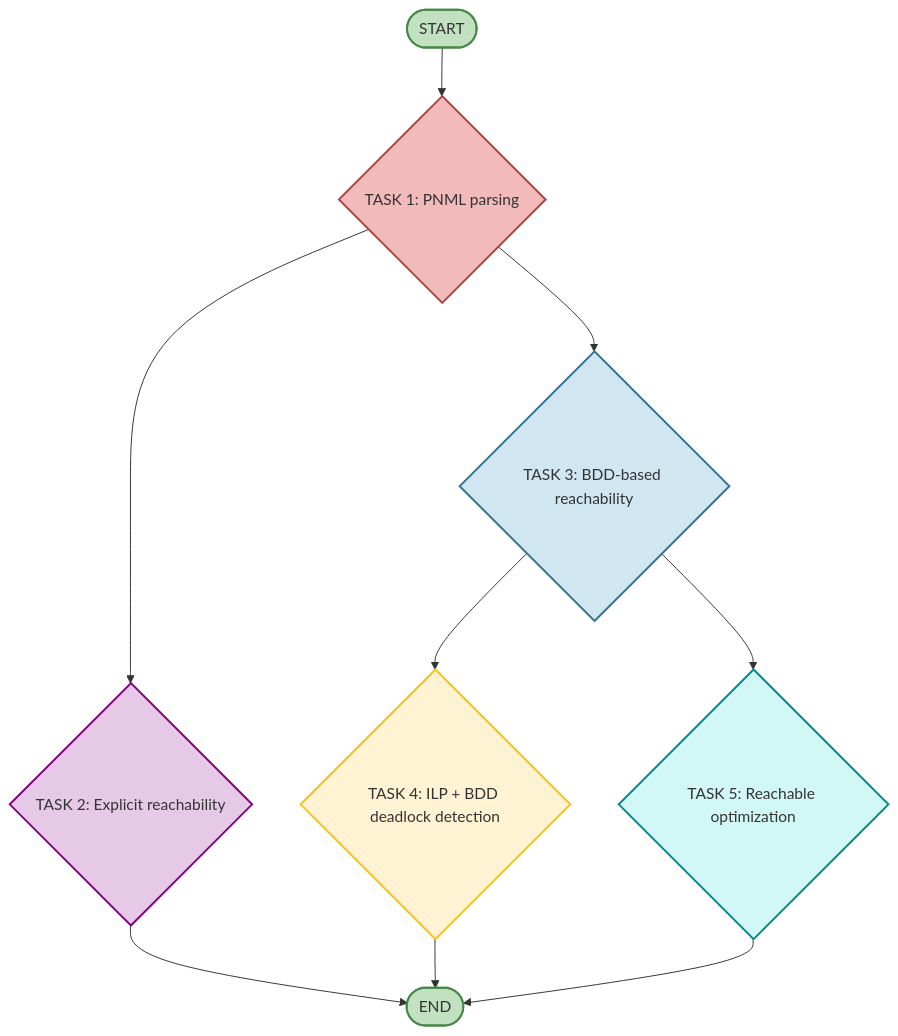
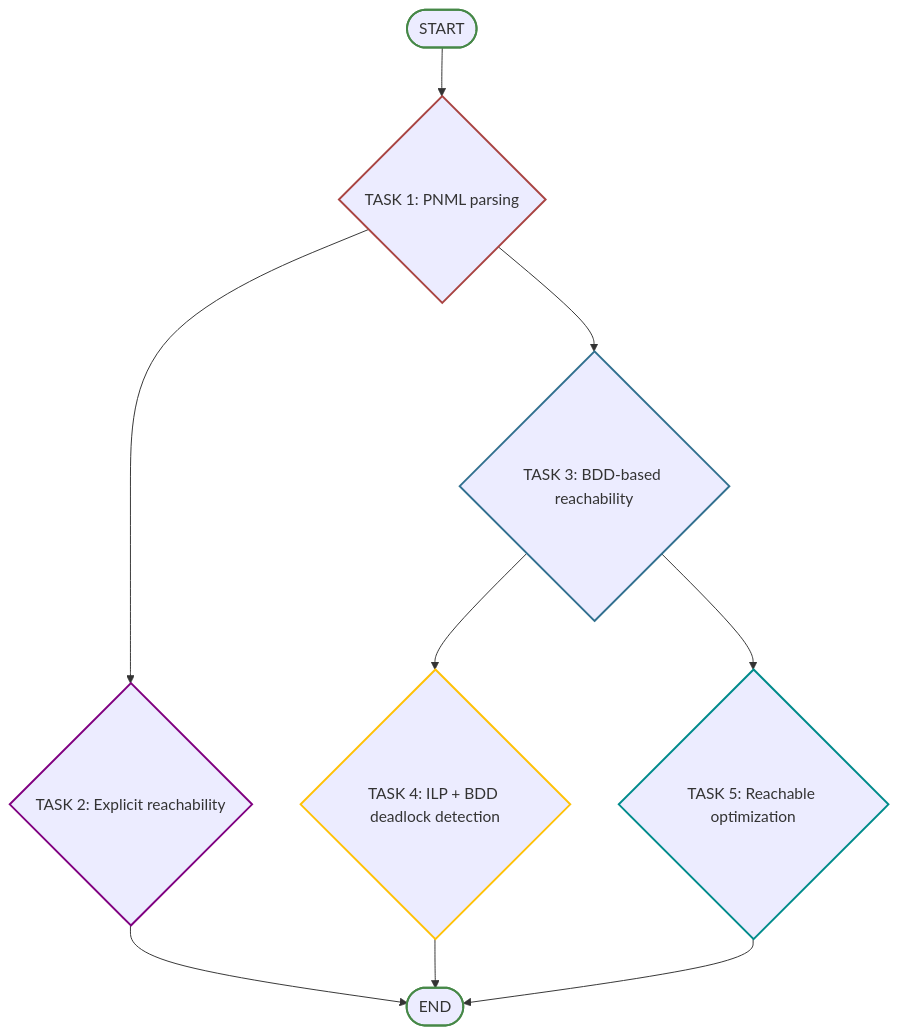
One commit to truonghienminh-HCMUT/BTL-MHH changed the diagram in TASK6_BTL_HK251-main/TASK6_BTL_HK251-main/README.md. Above: the diagram before and after it, drawn with Mermaid.

````diff
--- a/TASK6_BTL_HK251-main/TASK6_BTL_HK251-main/README.md
+++ b/TASK6_BTL_HK251-main/TASK6_BTL_HK251-main/README.md
@@ -3,40 +3,40 @@
 ```mermaid
 flowchart TD
     %% Nút Bắt đầu và Kết thúc (Hình elip, màu xanh lá cây)
     START([START])
     END([END])
 
     %% Các Task (Hình chữ nhật)
     TASK1{TASK 1: PNML parsing}
     TASK2{TASK 2: Explicit reachability}
     TASK3{TASK 3: BDD-based reachability}
     TASK4{TASK 4: ILP + BDD deadlock detection}
     TASK5{TASK 5: Reachable optimization}
 
     %% Định nghĩa luồng công việc
     START --> TASK1
 
     %% Từ TASK 1 chia thành 2 nhánh chính
     TASK1 --> TASK2
     TASK1 --> TASK3
 
     %% TASK 2 kết thúc
     TASK2 --> END
 
     %% Từ TASK 3 chia thành 2 nhánh phụ
     TASK3 --> TASK4
     TASK3 --> TASK5
 
     %% TASK 4 và TASK 5 kết thúc
     TASK4 --> END
     TASK5 --> END
 
     %% Styling: Đổi màu nền (fill) và viền (stroke) theo màu sắc nổi bật
-    style START fill:#c1e1c1, stroke:#468847, stroke-width:2px 
-    style END fill:#c1e1c1, stroke:#468847, stroke-width:2px
-    style TASK1 fill:#f2baba, stroke:#a94442, stroke-width:2px 
-    style TASK2 fill:#e6c9e6, stroke:#800080, stroke-width:2px 
-    style TASK3 fill:#d0e6f0, stroke:#31708f, stroke-width:2px 
-    style TASK4 fill:#fff3d4, stroke:#ffc107, stroke-width:2px 
-    style TASK5 fill:#d1f7f7, stroke:#008b8b, stroke-width:2px
+    style START stroke:#468847, stroke-width:2px 
+    style END stroke:#468847, stroke-width:2px
+    style TASK1 stroke:#a94442, stroke-width:2px 
+    style TASK2 stroke:#800080, stroke-width:2px 
+    style TASK3 stroke:#31708f, stroke-width:2px 
+    style TASK4 stroke:#ffc107, stroke-width:2px 
+    style TASK5 stroke:#008b8b, stroke-width:2px
 ```
````
